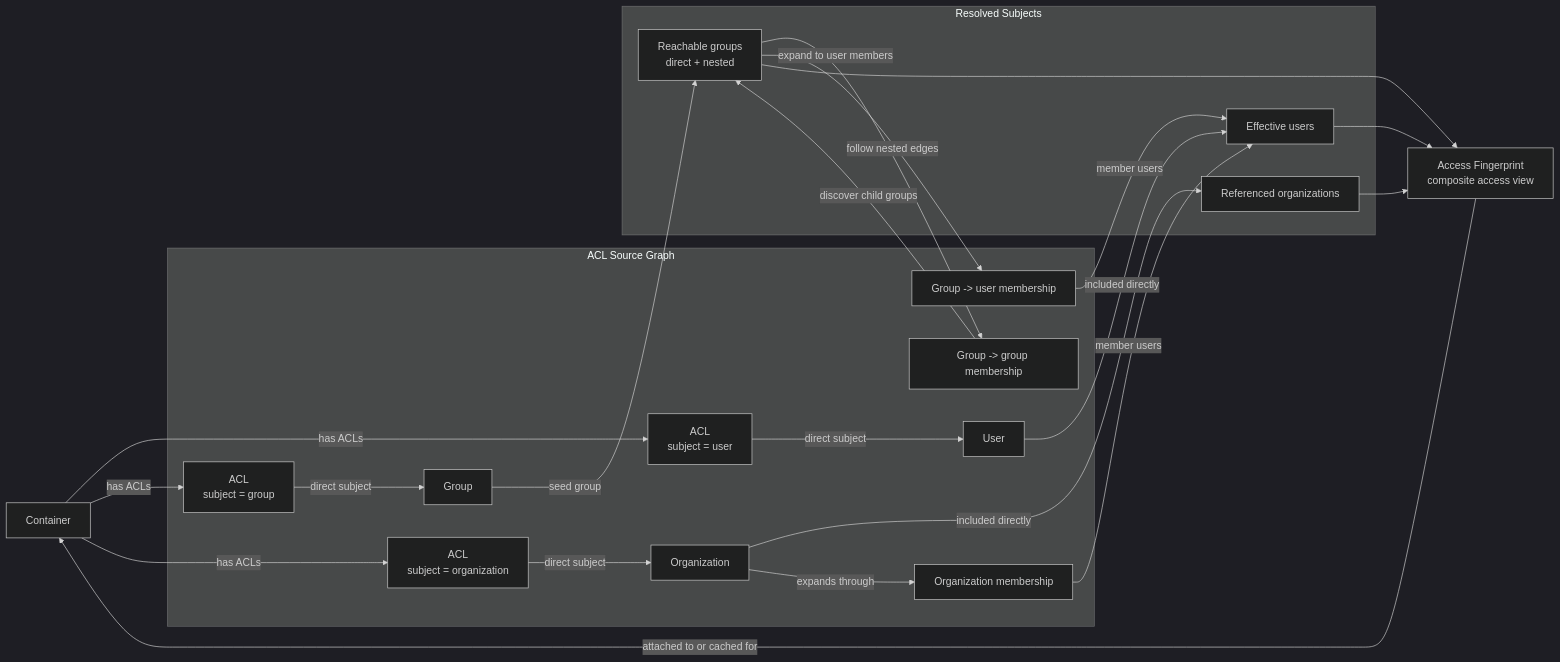
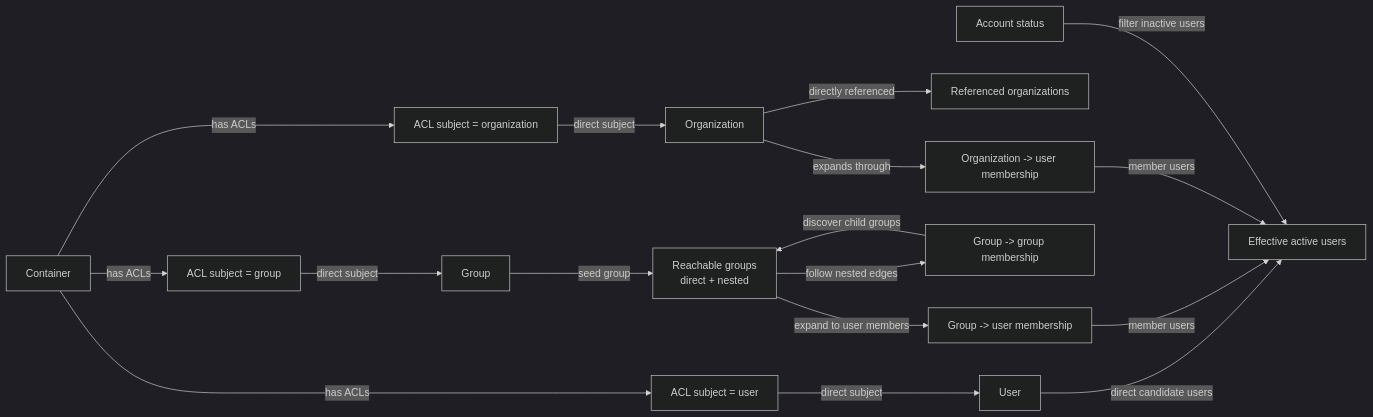
The first of 3 diagrams in docs/access-fingerprint.md (a2f0/tearleads), drawn with Mermaid (dark theme) before and after one commit. The commit also changed other lines of this file, not shown here.

Commit message:
docs: update access fingerprint documentation

````diff
--- a/docs/access-fingerprint.md
+++ b/docs/access-fingerprint.md
@@ -15,52 +28,41 @@
 ```mermaid
 flowchart LR
   C[Container]
-  AF[Access Fingerprint<br/>composite access view]
 
-  subgraph SG["ACL Source Graph"]
-    A1[ACL<br/>subject = user]
-    A2[ACL<br/>subject = group]
-    A3[ACL<br/>subject = organization]
+  A1[ACL subject = user]
+  A2[ACL subject = group]
+  A3[ACL subject = organization]
 
-    U[User]
-    G[Group]
-    O[Organization]
+  U[User]
+  G[Group]
+  O[Organization]
+  RG[Reachable groups<br/>direct + nested]
+  RO[Referenced organizations]
+  RU[Effective active users]
 
-    GM[Group -> user membership]
-    GGM[Group -> group membership]
-    OM[Organization membership]
-  end
-
-  subgraph RS["Resolved Subjects"]
-    RU[Effective users]
-    RG[Reachable groups<br/>direct + nested]
-    RO[Referenced organizations]
-  end
+  GM[Group -> user membership]
+  GGM[Group -> group membership]
+  OM[Organization -> user membership]
+  AS[Account status]
 
   C -->|has ACLs| A1
   C -->|has ACLs| A2
   C -->|has ACLs| A3
 
   A1 -->|direct subject| U
   A2 -->|direct subject| G
   A3 -->|direct subject| O
 
-  U -->|included directly| RU
-  O -->|included directly| RO
-
   G -->|seed group| RG
   RG -->|follow nested edges| GGM
   GGM -->|discover child groups| RG
 
+  U -->|direct candidate users| RU
+  O -->|directly referenced| RO
   RG -->|expand to user members| GM
   O -->|expands through| OM
 
   GM -->|member users| RU
   OM -->|member users| RU
-
-  RU --> AF
-  RG --> AF
-  RO --> AF
-
-  AF -->|attached to or cached for| C
+  AS -->|filter inactive users| RU
 ```
````
